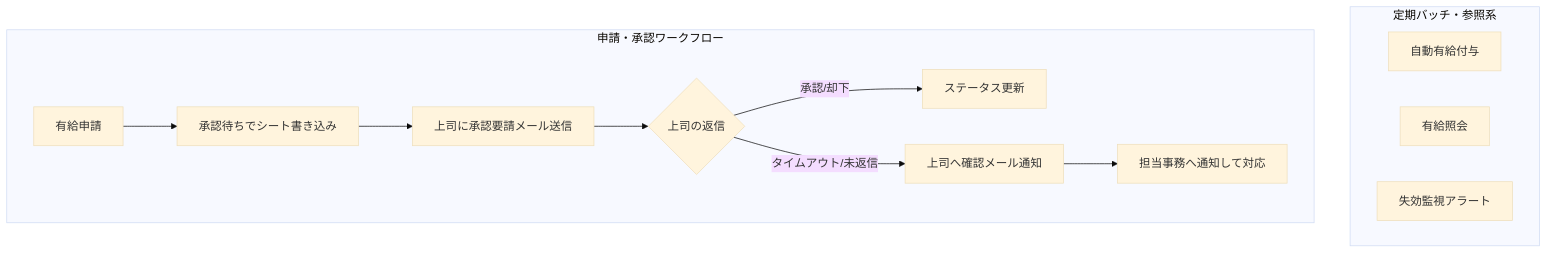
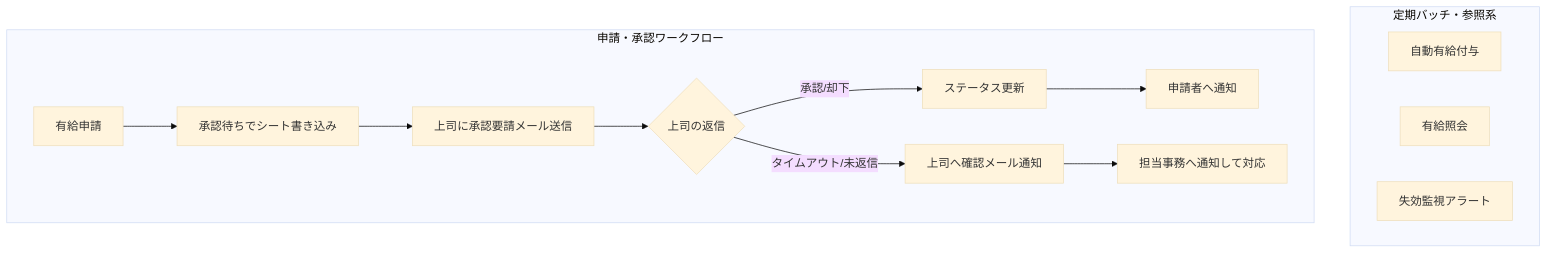
The diagram in README.md (nishio-aki/aki-leave-manager), drawn with Mermaid (base theme) before and after one commit.

````diff
--- a/README.md
+++ b/README.md
@@ -3,19 +3,21 @@
 ```mermaid
 flowchart TD
     %% 独立した機能
 subgraph Independent [定期バッチ・参照系]
         A[自動有給付与]
         B[有給照会]
         C[失効監視アラート]
     end
 
     subgraph Workflow [申請・承認ワークフロー]
         D[有給申請] --> E[承認待ちでシート書き込み]
         E --> F[上司に承認要請メール送信]
         F --> G{上司の返信}
         
-        G -->|承認/却下| H[ステータス更新]
+       G -->|承認/却下| H[ステータス更新]
+        H --> K[申請者へ通知]
+        
         G -->|タイムアウト/未返信| I[上司へ確認メール通知]
         I --> J[担当事務へ通知して対応]
     end
 ```
````
